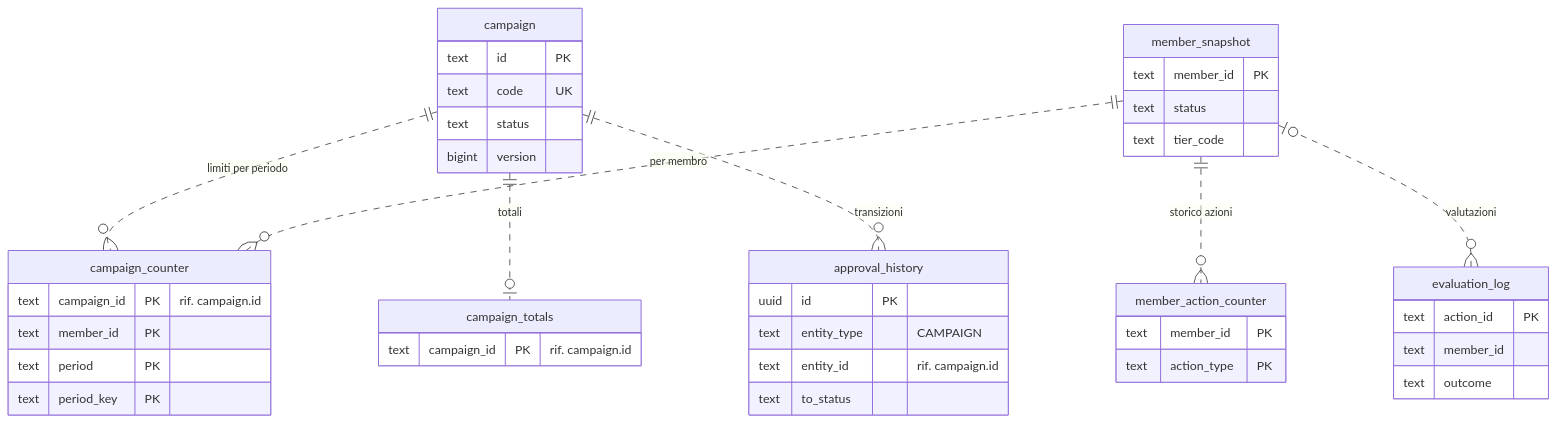
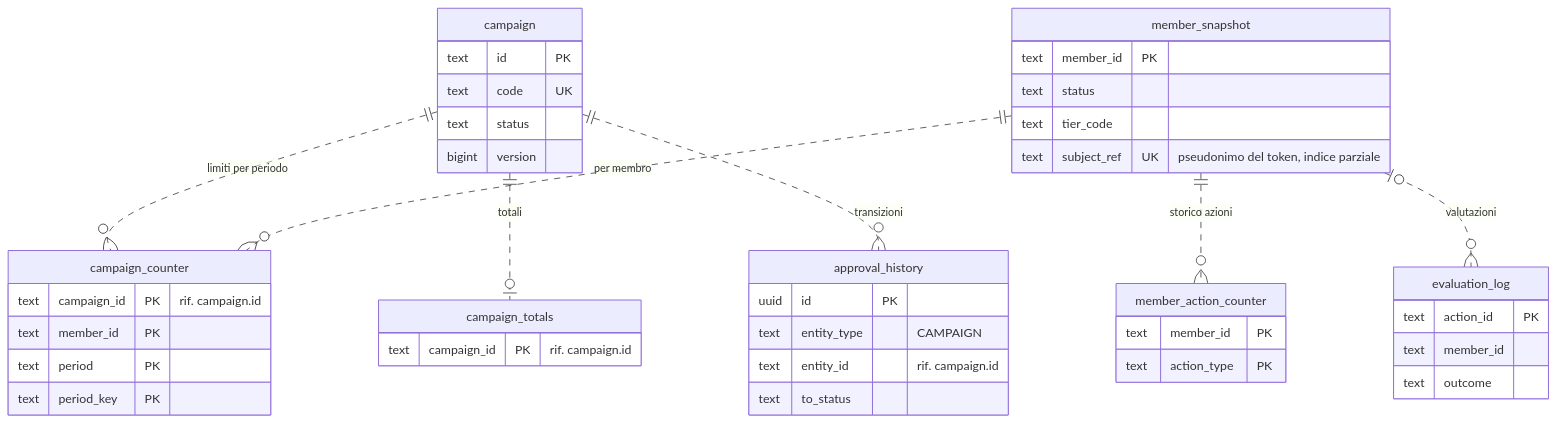
Before and after one commit to peppe-ruv/Loyalty_Sys: the first of 3 diagrams in docs/servizi/campaign-service.md, drawn with Mermaid. The commit also changed other lines of this file and 18 other files, not shown here.

First line of the commit message:
feat(campaign): proiezione subjectRef→membro e API del portale dal MemberPrincipal [F2-SEC-09, ADR-048, Q-410, Q-550, Q-553]

````diff
--- a/docs/servizi/campaign-service.md
+++ b/docs/servizi/campaign-service.md
@@ -21,46 +21,47 @@
 ```mermaid
 erDiagram
   accTitle: Tabelle dello schema campaign
   accDescr: La campagna ha contatori dei limiti per membro e periodo, un totale per campagna e lo storico delle transizioni; lo snapshot del membro è la chiave logica di contatori, storico delle azioni e registro delle valutazioni. Nessuna relazione ha un vincolo di chiave esterna.
   campaign {
     text id PK
     text code UK
     text status
     bigint version
   }
   campaign_counter {
     text campaign_id PK "rif. campaign.id"
     text member_id PK
     text period PK
     text period_key PK
   }
   campaign_totals {
     text campaign_id PK "rif. campaign.id"
   }
   approval_history {
     uuid id PK
     text entity_type "CAMPAIGN"
     text entity_id "rif. campaign.id"
     text to_status
   }
   member_snapshot {
     text member_id PK
     text status
     text tier_code
+    text subject_ref UK "pseudonimo del token, indice parziale"
   }
   member_action_counter {
     text member_id PK
     text action_type PK
   }
   evaluation_log {
     text action_id PK
     text member_id
     text outcome
   }
   campaign ||..o{ campaign_counter : "limiti per periodo"
   campaign ||..o| campaign_totals : "totali"
   campaign ||..o{ approval_history : "transizioni"
   member_snapshot ||..o{ campaign_counter : "per membro"
   member_snapshot ||..o{ member_action_counter : "storico azioni"
   member_snapshot |o..o{ evaluation_log : "valutazioni"
 ```
````
